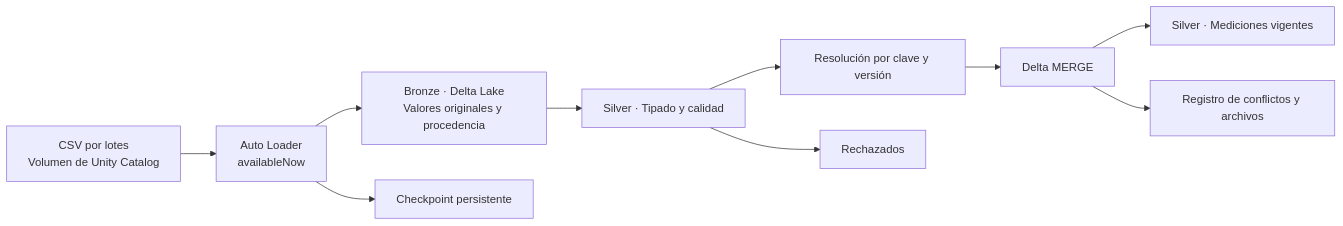
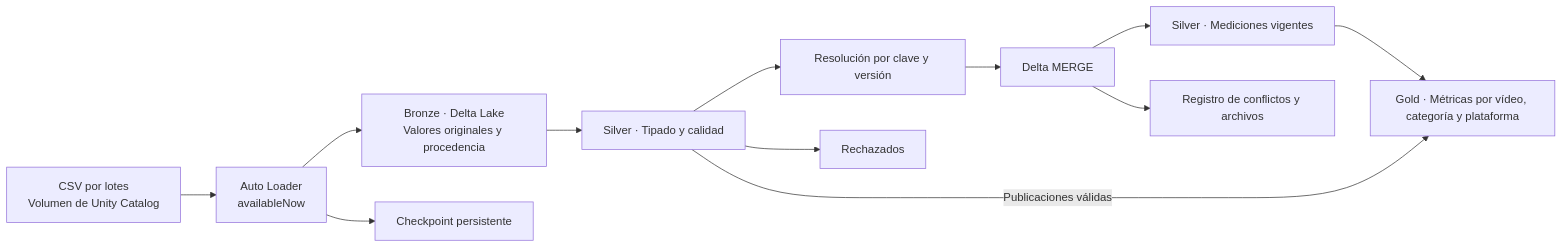
Before and after one commit to lorenleey/LensData: the diagram in README.md, drawn with Mermaid. The commit also changed other lines of this file and 1 other file, not shown here.

Commit message:
docs: documentar capa gold y resultados de interacción

````diff
--- a/README.md
+++ b/README.md
@@ -11,12 +13,14 @@
 ```mermaid
 flowchart LR
     CSV["CSV por lotes<br/>Volumen de Unity Catalog"] --> AL["Auto Loader<br/>availableNow"]
     AL --> B["Bronze · Delta Lake<br/>Valores originales y procedencia"]
     AL --> CP["Checkpoint persistente"]
     B --> S["Silver · Tipado y calidad"]
     S --> R["Resolución por clave y versión"]
     R --> M["Delta MERGE"]
     M --> V["Silver · Mediciones vigentes"]
     M --> C["Registro de conflictos y archivos"]
     S --> Q["Rechazados"]
+    V --> G["Gold · Métricas por vídeo, categoría y plataforma"]
+    S -->|Publicaciones válidas| G
 ```
````
